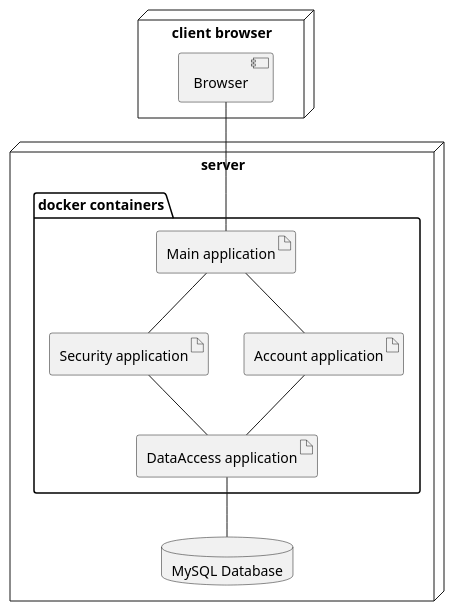
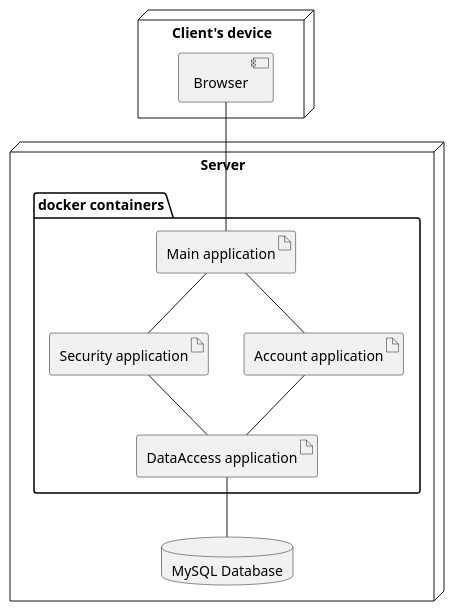
Before and after one commit to Dartya/SberMiniBank: the diagram in docs/ru.sber.alex.minibank/design/uml/deployment/Deployment.puml, drawn with PlantUML. The commit also changed 3 other files, not shown here.

Commit message:
Разработал UML диаграмму последовательностей Внес изменения в диаграммы: -развертывания -компонентов

```diff
--- a/docs/ru.sber.alex.minibank/design/uml/deployment/Deployment.puml
+++ b/docs/ru.sber.alex.minibank/design/uml/deployment/Deployment.puml
@@ -1,26 +1,26 @@
 @startuml
 
 
 
-node "server"{
+node "Server"{
 database "MySQL Database" as db
 
     package "docker containers"{
         artifact "Main application" as ma
         artifact "Security application" as sa
         artifact "Account application" as aa
         artifact "DataAccess application" as da
         ma -- sa
         ma -- aa
         sa -- da
         aa -- da
     }
     da -- db
 }
 
-node "client browser"{
+node "Client's device"{
     [Browser]
 }
 
 [Browser] -- ma
 @enduml
```
